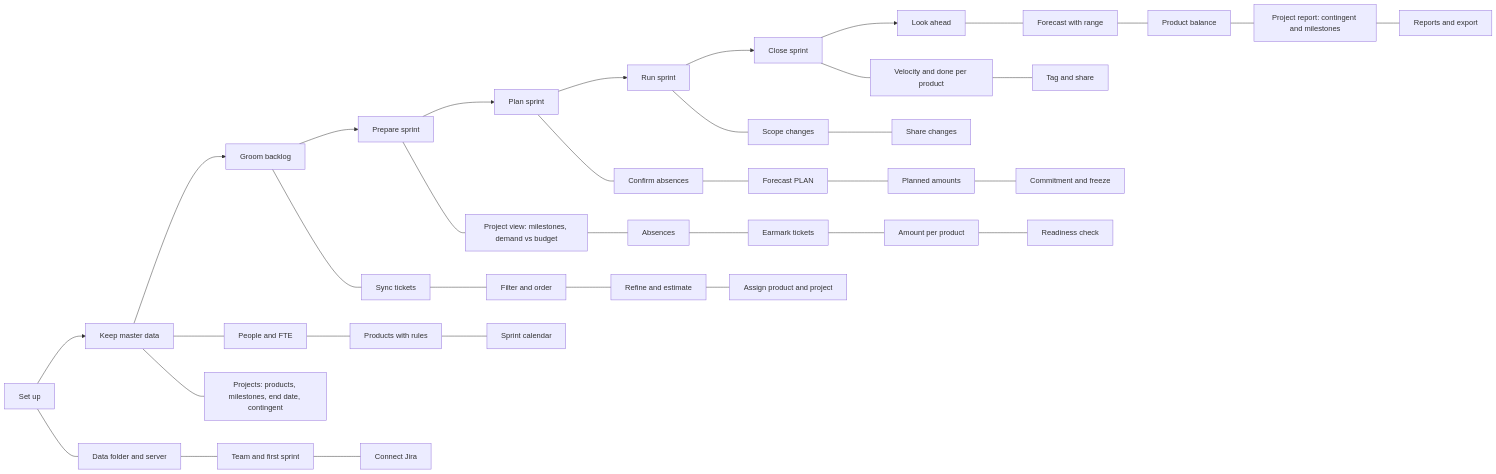
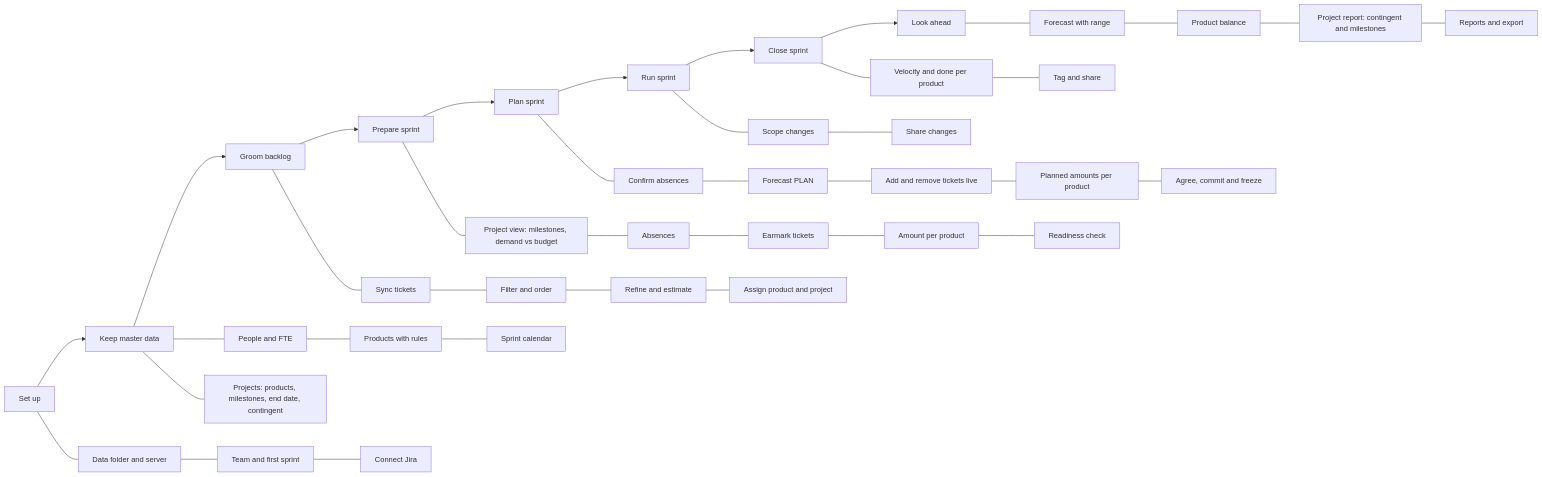
The second of 10 diagrams in docs/redesign/flows.md (swallat/foresprint), drawn with Mermaid before and after one commit. The commit also changed other lines of this file, not shown here.

First line of the commit message:
Plan sprints on tickets with live capacity when a tracker is connected; tracker links on every ticket

````diff
--- a/docs/redesign/flows.md
+++ b/docs/redesign/flows.md
@@ -61,13 +62,13 @@
 ```mermaid
 flowchart LR
   A[Set up] --> B[Keep master data] --> C[Groom backlog] --> D[Prepare sprint] --> E[Plan sprint] --> F[Run sprint] --> G[Close sprint] --> H[Look ahead]
   A --- A1[Data folder and server] --- A2[Team and first sprint] --- A3[Connect Jira]
   B --- B1[People and FTE] --- B2[Products with rules] --- B3[Sprint calendar]
   B --- B4[Projects: products, milestones, end date, contingent]
   C --- C1[Sync tickets] --- C2[Filter and order] --- C3[Refine and estimate] --- C4[Assign product and project]
   D --- D0[Project view: milestones, demand vs budget] --- D1[Absences] --- D2[Earmark tickets] --- D3[Amount per product] --- D4[Readiness check]
-  E --- E1[Confirm absences] --- E2[Forecast PLAN] --- E3[Planned amounts] --- E4[Commitment and freeze]
+  E --- E1[Confirm absences] --- E2[Forecast PLAN] --- E5[Add and remove tickets live] --- E3[Planned amounts per product] --- E4[Agree, commit and freeze]
   F --- F1[Scope changes] --- F2[Share changes]
   G --- G1[Velocity and done per product] --- G2[Tag and share]
   H --- H1[Forecast with range] --- H2[Product balance] --- H4[Project report: contingent and milestones] --- H3[Reports and export]
 ```
````
